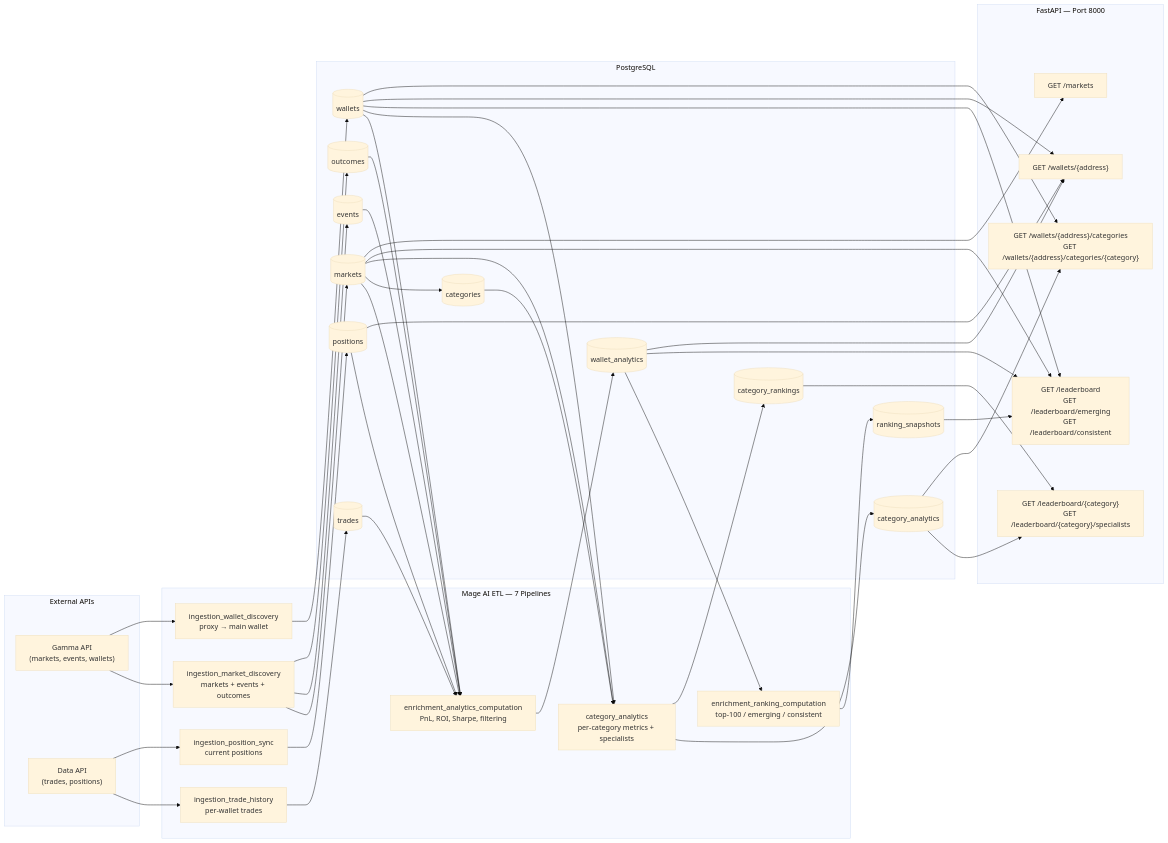
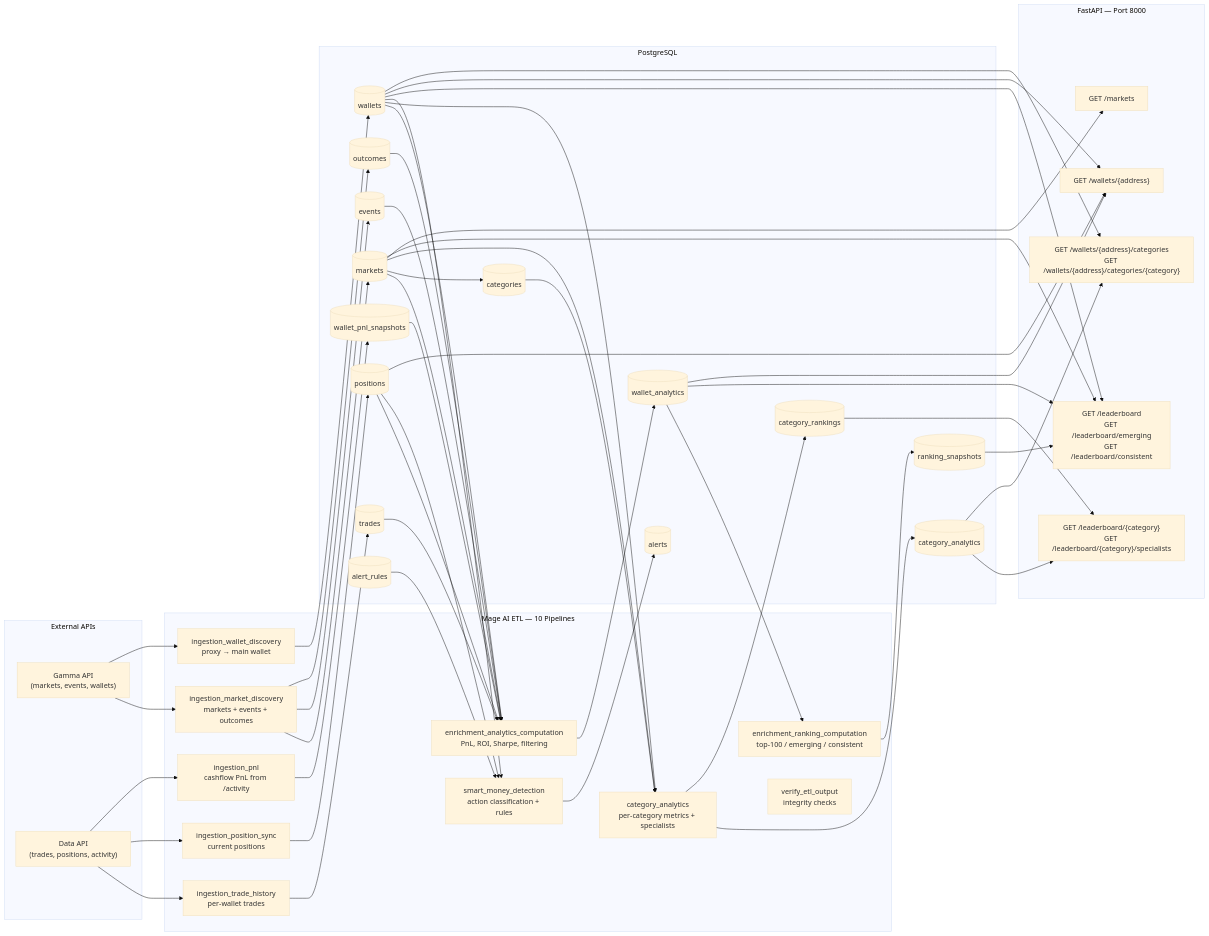
Before and after one commit to AntoineROYERB/polymarketpricer: the diagram in README.md, drawn with Mermaid (base theme). The commit also changed other lines of this file and 26 other files, not shown here.

````diff
--- a/README.md
+++ b/README.md
@@ -13,60 +13,70 @@
 ```mermaid
 flowchart LR
     subgraph APIs["External APIs"]
         GAMMA["Gamma API<br/>(markets, events, wallets)"]
-        DATA["Data API<br/>(trades, positions)"]
+        DATA["Data API<br/>(trades, positions, activity)"]
     end
 
-    subgraph ETL["Mage AI ETL — 7 Pipelines"]
+    subgraph ETL["Mage AI ETL — 10 Pipelines"]
         MD["ingestion_market_discovery<br/>markets + events + outcomes"]
         WD["ingestion_wallet_discovery<br/>proxy → main wallet"]
+        PS["ingestion_position_sync<br/>current positions"]
+        PN["ingestion_pnl<br/>cashflow PnL from /activity"]
         TH["ingestion_trade_history<br/>per-wallet trades"]
-        PS["ingestion_position_sync<br/>current positions"]
         AC["enrichment_analytics_computation<br/>PnL, ROI, Sharpe, filtering"]
         RC["enrichment_ranking_computation<br/>top-100 / emerging / consistent"]
         CA["category_analytics<br/>per-category metrics + specialists"]
+        SM["smart_money_detection<br/>action classification + rules"]
+        VF["verify_etl_output<br/>integrity checks"]
     end
 
     subgraph DB["PostgreSQL"]
         MKT[(markets)]
         EVT[(events)]
         OUTC[(outcomes)]
         WAL[(wallets)]
         TRD[(trades)]
         POS[(positions)]
+        WPS[(wallet_pnl_snapshots)]
         WA[(wallet_analytics)]
         RS[(ranking_snapshots)]
         CAT[(categories)]
         CAnalytics[(category_analytics)]
         CRankings[(category_rankings)]
+        ALR[(alert_rules)]
+        ALTS[(alerts)]
     end
 
     subgraph API["FastAPI — Port 8000"]
         LB["GET /leaderboard<br/>GET /leaderboard/emerging<br/>GET /leaderboard/consistent"]
         WP["GET /wallets/{address}"]
         MK["GET /markets"]
         CLB["GET /leaderboard/{category}<br/>GET /leaderboard/{category}/specialists"]
         WC["GET /wallets/{address}/categories<br/>GET /wallets/{address}/categories/{category}"]
     end
 
     GAMMA --> MD
     GAMMA --> WD
     DATA --> TH
     DATA --> PS
+    DATA --> PN
     MD --> MKT & EVT & OUTC
     WD --> WAL
     TH --> TRD
     PS --> POS
-    MKT & EVT & OUTC & WAL & TRD & POS --> AC
+    PN --> WPS
+    MKT & EVT & OUTC & WAL & TRD & POS & WPS --> AC
     AC --> WA
     WA --> RC
     RC --> RS
     MKT --> CAT
     MKT & WAL & CAT --> CA
     CA --> CAnalytics & CRankings
+    POS & WAL & ALR --> SM
+    SM --> ALTS
     MKT & WAL & WA & RS --> LB
     WAL & WA & POS --> WP
     MKT --> MK
     CRankings & CAnalytics --> CLB
     CAnalytics & WAL --> WC
 ```
````
